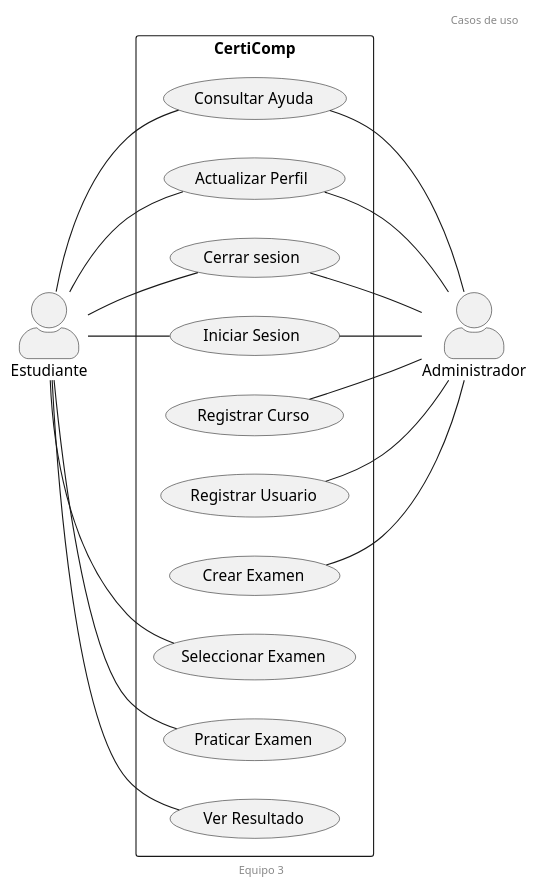
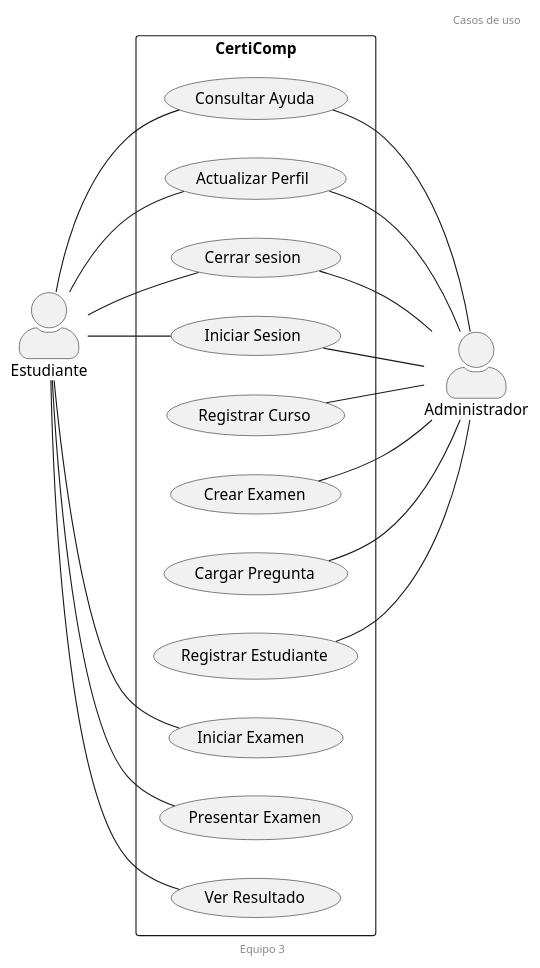
One commit to febres35/EdTech_IS changed the diagram in docs/scenariosView/diagramaCasoDeUso.plantuml. Above: the diagram before and after it, drawn with PlantUML. The commit also changed 3 other files, not shown here.

Commit message:
Cambios en Diagrama de Casos d Usos y Clases Dom

```diff
--- a/docs/scenariosView/diagramaCasoDeUso.plantuml
+++ b/docs/scenariosView/diagramaCasoDeUso.plantuml
@@ -1,45 +1,51 @@
 @startuml Diagrama de Casos de Uso
 
 left to right direction
 skinparam actorStyle awesome
 
 header Casos de uso
 footer Equipo 3
 
 rectangle CertiComp{
 
   usecase " Iniciar Sesion " as UC1 
-  usecase " Registrar Usuario" as UC2
+  usecase " Registrar Estudiante" as UC2
   usecase " Registrar Curso" as UC3
-  usecase " Seleccionar Examen" as UC4
-  usecase " Praticar Examen" as UC5
+  'usecase " Seleccionar Examen" as UC4
+  usecase "Iniciar Examen " as UC11
+  usecase " Presentar Examen" as UC5
   usecase " Ver Resultado" as UC6
   usecase " Crear Examen" as UC7
+  usecase " Cargar Pregunta" as UC12
   usecase " Consultar Ayuda" as UC8
   usecase " Cerrar sesion " as UC9
   usecase " Actualizar Perfil " as UC10
   
+  
 }
+Administrador -up- UC2
+Administrador -up- UC12
+Administrador -up- UC7
+Administrador -up- UC3
 
-Administrador -up- UC7
-Administrador -up- UC2
-Administrador -up- UC3
-Estudiante-- UC4
+'Estudiante-- UC4
+Estudiante-- UC11
 Estudiante-- UC5
 Estudiante-- UC6
+
 
 Administrador -up- UC1
 Estudiante -- UC1
 
 Administrador -up- UC9
 Estudiante-- UC9
 
 
 Administrador -up-  UC10
 Estudiante -- UC10
 
 Administrador -up- UC8
 Estudiante -- UC8
 
 
 @enduml
```
